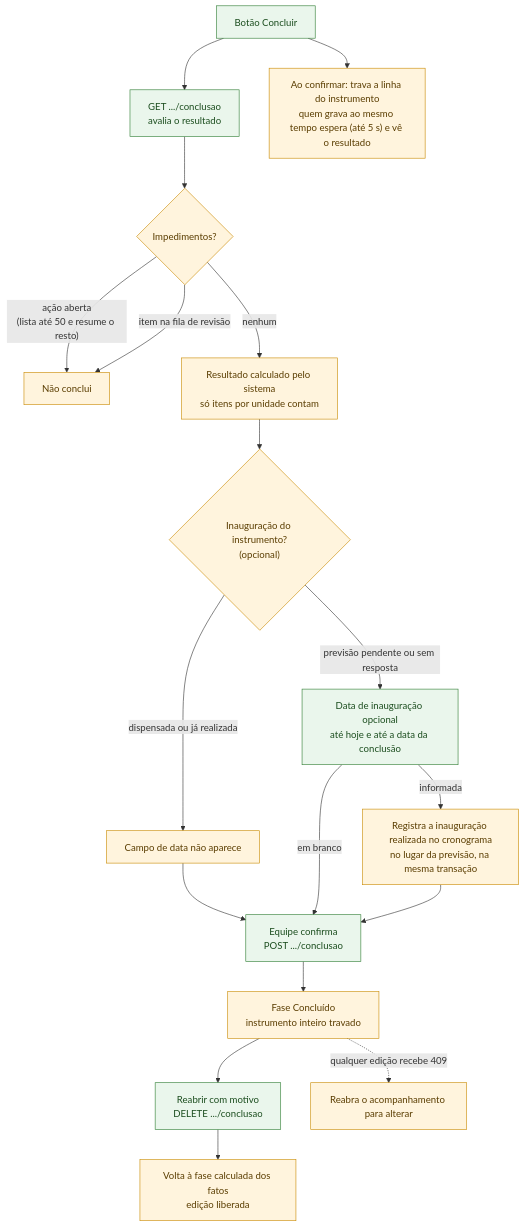
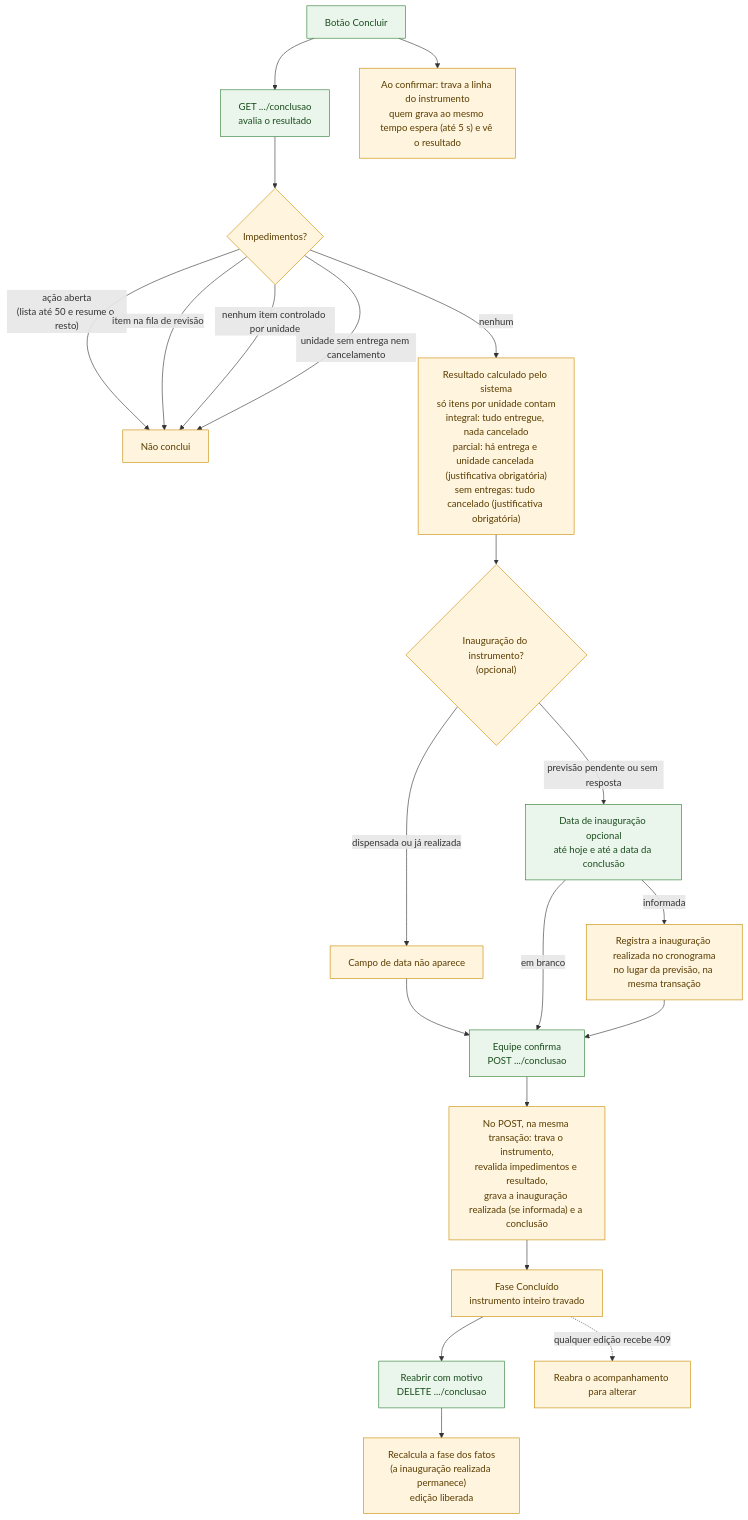
Before and after one commit to devs-ministerio/par_equipamentos: the sixth of 12 diagrams in docs/arquitetura/mapa-monitoramento-interno-2026-11-19.md, drawn with Mermaid. The commit also changed other lines of this file and 1 other file, not shown here.

````diff
--- a/docs/arquitetura/mapa-monitoramento-interno-2026-11-19.md
+++ b/docs/arquitetura/mapa-monitoramento-interno-2026-11-19.md
@@ -221,23 +233,25 @@
 ```mermaid
 flowchart TB
     classDef regra fill:#FFF4DD,stroke:#C98A00,color:#5a3d00
     classDef acao fill:#EAF6EC,stroke:#2E7D32,color:#1b4d1e
     A["Botão Concluir"]:::acao --> AV["GET .../conclusao<br/>avalia o resultado"]:::acao
     A --> TRAVA["Ao confirmar: trava a linha do instrumento<br/>quem grava ao mesmo tempo espera (até 5 s) e vê o resultado"]:::regra
     AV --> IMP{"Impedimentos?"}:::regra
     IMP -->|"ação aberta<br/>(lista até 50 e resume o resto)"| X["Não conclui"]:::regra
     IMP -->|"item na fila de revisão"| X
-    IMP -->|"nenhum"| RES["Resultado calculado pelo sistema<br/>só itens por unidade contam"]:::regra
+    IMP -->|"nenhum item controlado por unidade"| X
+    IMP -->|"unidade sem entrega nem cancelamento"| X
+    IMP -->|"nenhum"| RES["Resultado calculado pelo sistema<br/>só itens por unidade contam<br/>integral: tudo entregue, nada cancelado<br/>parcial: há entrega e unidade cancelada (justificativa obrigatória)<br/>sem entregas: tudo cancelado (justificativa obrigatória)"]:::regra
     RES --> INA{"Inauguração do instrumento?<br/>(opcional)"}:::regra
     INA -->|"dispensada ou já realizada"| SEMCAMPO["Campo de data não aparece"]:::regra
     INA -->|"previsão pendente ou sem resposta"| CAMPO["Data de inauguração opcional<br/>até hoje e até a data da conclusão"]:::acao
     CAMPO -->|"em branco"| CONF
     CAMPO -->|"informada"| REAL["Registra a inauguração realizada no cronograma<br/>no lugar da previsão, na mesma transação"]:::regra
     SEMCAMPO --> CONF
     REAL --> CONF
-    CONF["Equipe confirma<br/>POST .../conclusao"]:::acao
-    CONF --> FIM["Fase Concluído<br/>instrumento inteiro travado"]:::regra
+    CONF["Equipe confirma<br/>POST .../conclusao"]:::acao --> REVAL["No POST, na mesma transação: trava o instrumento,<br/>revalida impedimentos e resultado,<br/>grava a inauguração realizada (se informada) e a conclusão"]:::regra
+    REVAL --> FIM["Fase Concluído<br/>instrumento inteiro travado"]:::regra
     FIM --> REAB["Reabrir com motivo<br/>DELETE .../conclusao"]:::acao
-    REAB --> VOLTA["Volta à fase calculada dos fatos<br/>edição liberada"]:::regra
+    REAB --> VOLTA["Recalcula a fase dos fatos<br/>(a inauguração realizada permanece)<br/>edição liberada"]:::regra
     FIM -. "qualquer edição recebe 409" .-> BLOQ["Reabra o acompanhamento para alterar"]:::regra
 ```
````
